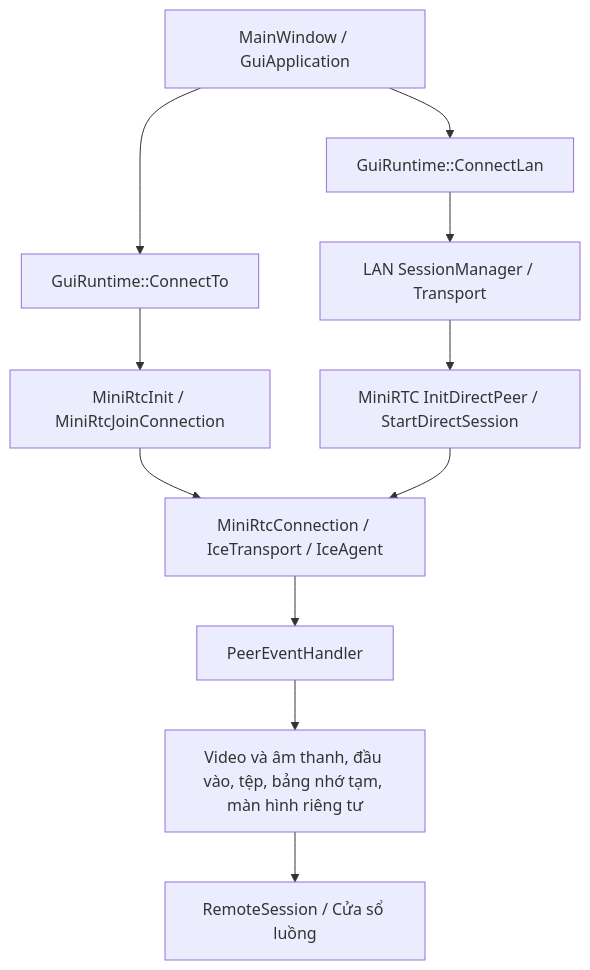
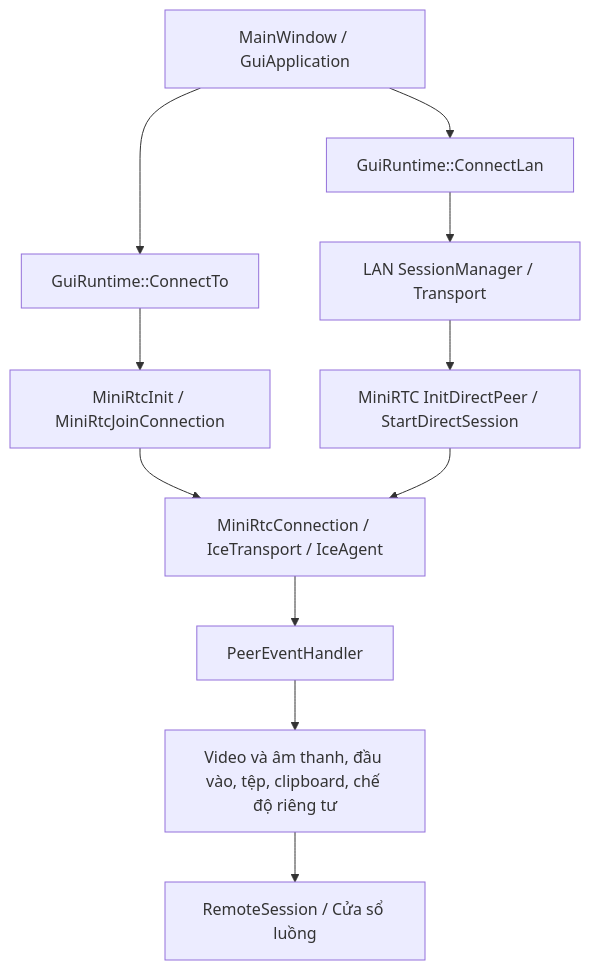
One commit to thuongtin/crossdesk changed the fifth of 5 diagrams in docs/connection-architecture.md. Above: the diagram before and after it, drawn with Mermaid. The commit also changed other lines of this file and 40 other files, not shown here.

````diff
--- a/docs/connection-architecture.md
+++ b/docs/connection-architecture.md
@@ -250,13 +250,13 @@
 ```mermaid
 flowchart TD
     UI["MainWindow / GuiApplication"] --> ID["GuiRuntime::ConnectTo"]
     UI --> IP["GuiRuntime::ConnectLan"]
     ID --> Managed["MiniRtcInit / MiniRtcJoinConnection"]
     IP --> LAN["LAN SessionManager / Transport"]
     LAN --> Direct["MiniRTC InitDirectPeer / StartDirectSession"]
     Managed --> Common["MiniRtcConnection / IceTransport / IceAgent"]
     Direct --> Common
     Common --> Events["PeerEventHandler"]
-    Events --> Features["Video và âm thanh, đầu vào, tệp, bảng nhớ tạm, màn hình riêng tư"]
+    Events --> Features["Video và âm thanh, đầu vào, tệp, clipboard, chế độ riêng tư"]
     Features --> Session["RemoteSession / Cửa sổ luồng"]
 ```
````
